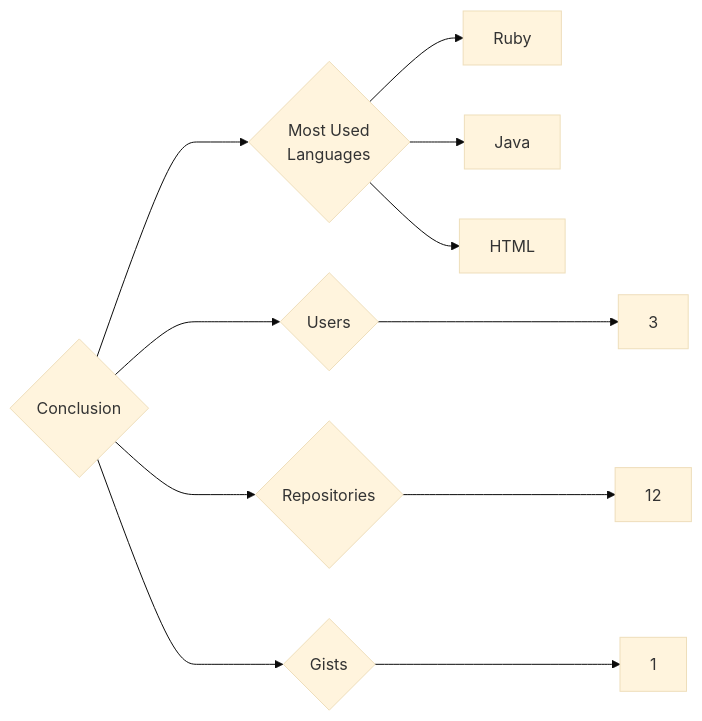
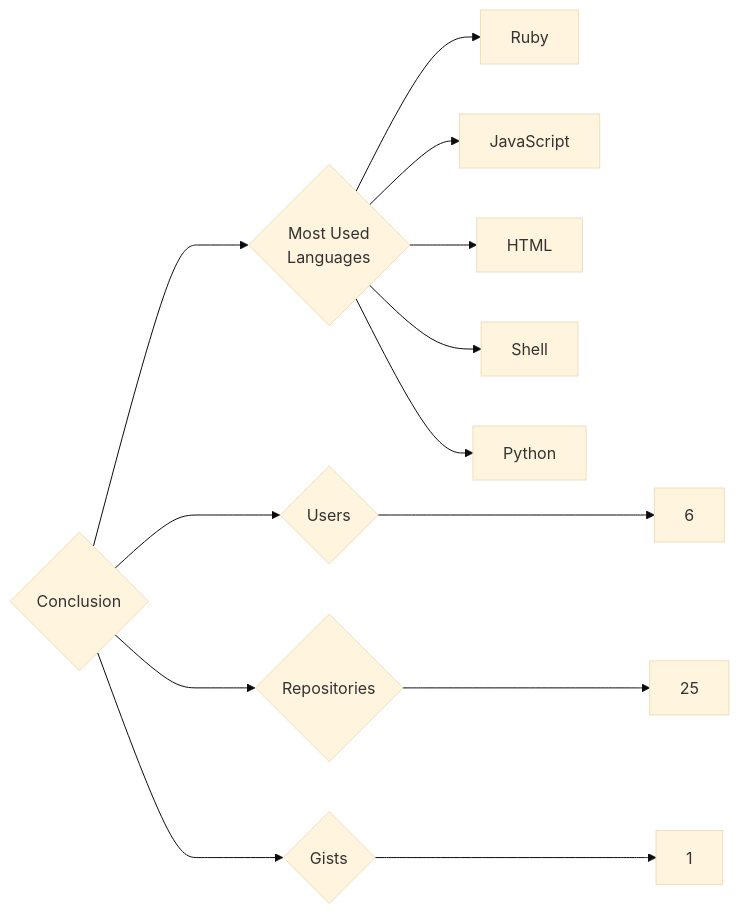
The diagram in targets/Conclusion/README.md (trickest/insiders), drawn with Mermaid (base theme) before and after one commit. The commit also changed 559 other files, not shown here.

````diff
--- a/targets/Conclusion/README.md
+++ b/targets/Conclusion/README.md
@@ -3,11 +3,13 @@
 ```mermaid
 graph LR
 COMPANY_NAME{Conclusion}
-COMPANY_NAME ---> U{Users} ---> UN[3]
-COMPANY_NAME ---> R{Repositories} ---> RN[12]
+COMPANY_NAME ---> U{Users} ---> UN[6]
+COMPANY_NAME ---> R{Repositories} ---> RN[25]
 COMPANY_NAME ---> G{Gists} ---> GN[1]
 COMPANY_NAME ---> ML{Most Used<br>Languages}
 ML --> Ruby[Ruby]
-ML --> Java[Java]
+ML --> JavaScript[JavaScript]
 ML --> HTML[HTML]
+ML --> Shell[Shell]
+ML --> Python[Python]
 ```
````
